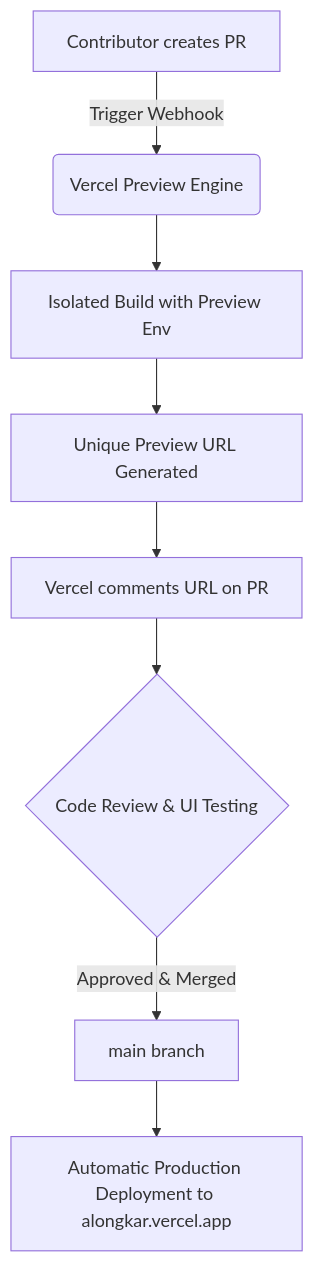
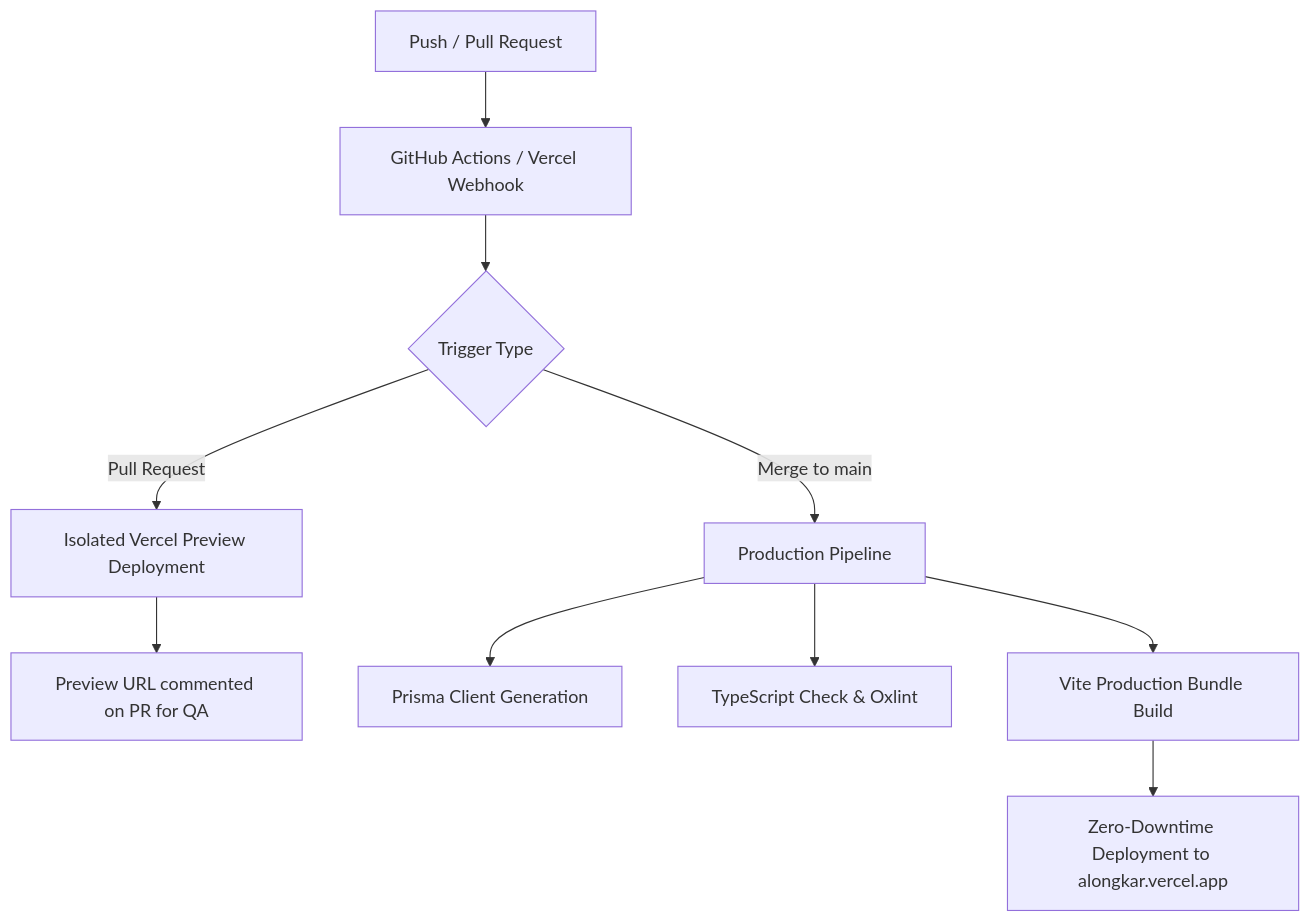
One commit to Snehasish321/Alongkar changed the third of 3 diagrams in README.md. Above: the diagram before and after it, drawn with Mermaid. The commit also changed other lines of this file, not shown here.

Commit message:
docs: update README with comprehensive architecture and tech stack details

````diff
--- a/README.md
+++ b/README.md
@@ -159,10 +396,12 @@
 ```mermaid
 graph TD
-    A[Contributor creates PR] -->|Trigger Webhook| B(Vercel Preview Engine)
-    B --> C[Isolated Build with Preview Env]
-    C --> D[Unique Preview URL Generated]
-    D --> E[Vercel comments URL on PR]
-    E --> F{Code Review & UI Testing}
-    F -->|Approved & Merged| G[main branch]
-    G --> H[Automatic Production Deployment to alongkar.vercel.app]
+    A[Push / Pull Request] --> B[GitHub Actions / Vercel Webhook]
+    B --> C{Trigger Type}
+    C -->|Pull Request| D[Isolated Vercel Preview Deployment]
+    D --> E[Preview URL commented on PR for QA]
+    C -->|Merge to main| F[Production Pipeline]
+    F --> G[Prisma Client Generation]
+    F --> H[TypeScript Check & Oxlint]
+    F --> I[Vite Production Bundle Build]
+    I --> J[Zero-Downtime Deployment to alongkar.vercel.app]
 ```
````
